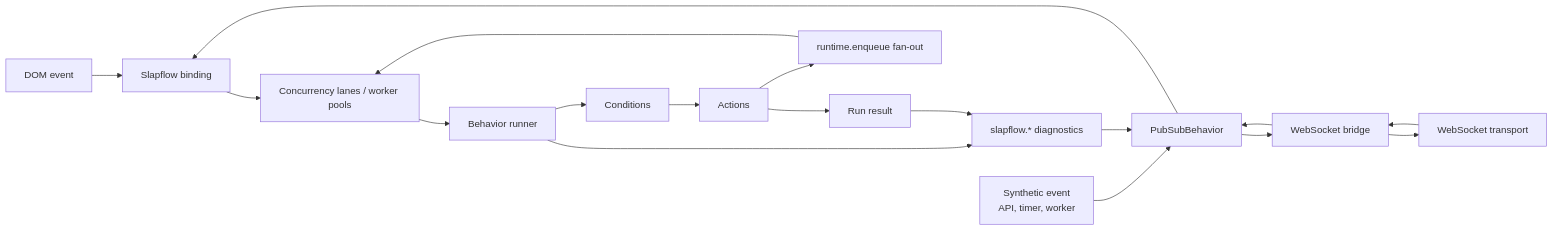
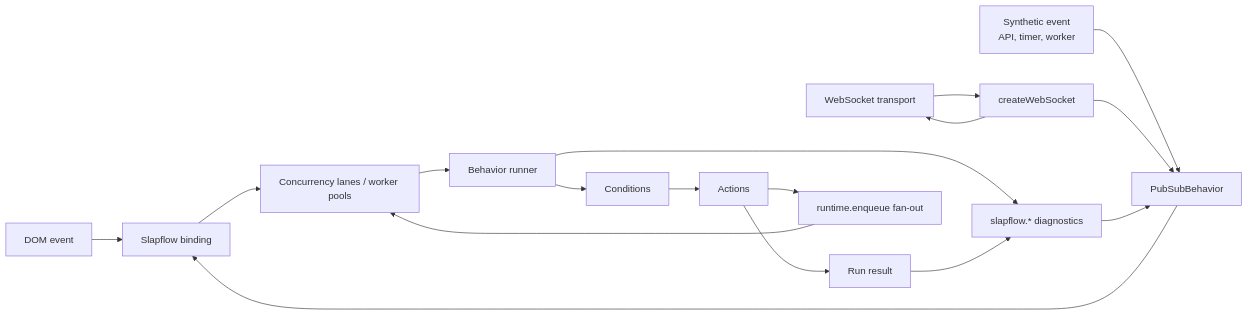
One commit to khalilov/slapflow changed the diagram in RUNTIME-FLOW.mmd. Above: the diagram before and after it, drawn with Mermaid. The commit also changed 7 other files, not shown here.

```diff
--- a/RUNTIME-FLOW.mmd
+++ b/RUNTIME-FLOW.mmd
@@ -1,21 +1,20 @@
 flowchart LR
   DOM["DOM event"] --> Slapflow["Slapflow binding"]
   SYNTHETIC["Synthetic event<br/>API, timer, worker"] --> BUS["PubSubBehavior"]
-  TRANSPORT["WebSocket transport"] --> WS["WebSocket bridge"]
+  TRANSPORT["WebSocket transport"] --> WS["createWebSocket"]
   WS --> BUS
-  BUS --> WS
   WS --> TRANSPORT
   BUS --> Slapflow
 
   Slapflow --> CONCURRENCY["Concurrency lanes / worker pools"]
   CONCURRENCY --> RUNNER["Behavior runner"]
   RUNNER --> CONDITIONS["Conditions"]
   CONDITIONS --> ACTIONS["Actions"]
   ACTIONS --> RESULT["Run result"]
 
   ACTIONS --> POOL["runtime.enqueue fan-out"]
   POOL --> CONCURRENCY
 
   RUNNER --> DIAGNOSTICS["slapflow.* diagnostics"]
   DIAGNOSTICS --> BUS
   RESULT --> DIAGNOSTICS
```
